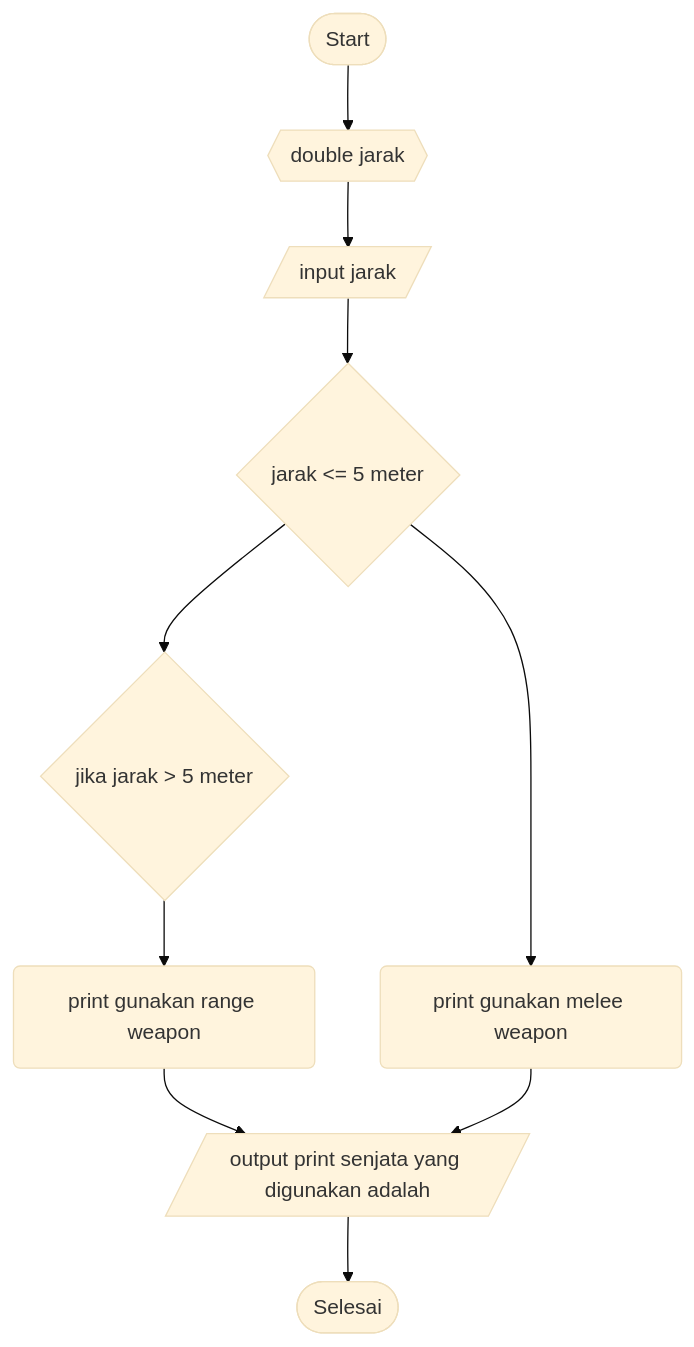
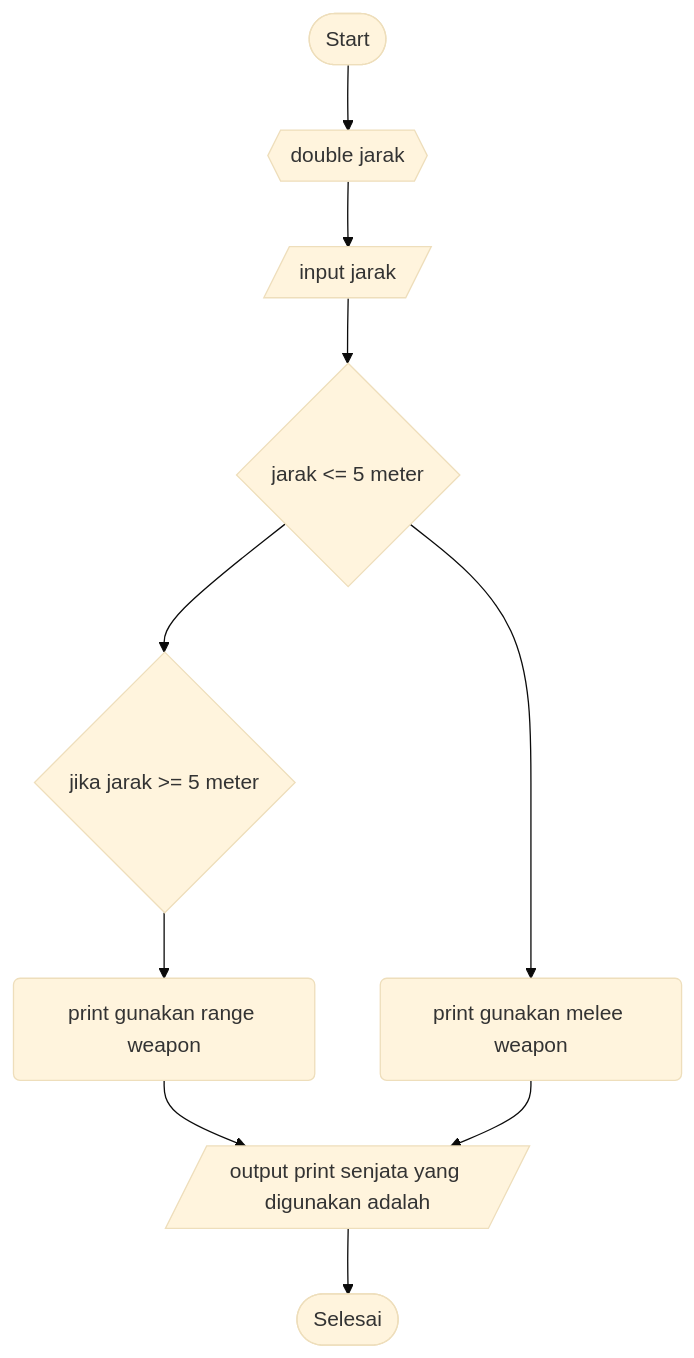
The diagram in JustForFun.md (SATRIODIANNUGROHO/Sample2.1), drawn with Mermaid (base theme) before and after one commit.

````diff
--- a/JustForFun.md
+++ b/JustForFun.md
@@ -3,12 +3,12 @@
 ```mermaid
 graph TD;
     A([Start])-->B{{double jarak}};
     B{{double jarak}}-->C[/input jarak/];
     C[/input jarak/]-->D{jarak kurang dari 5 meter};
     D{jarak <= 5 meter}-->E(print gunakan melee weapon);
-    D{jarak <= 5 meter}-->F{jika jarak > 5 meter};
-    F{jika jarak > 5 meter}-->G(print gunakan range weapon);
+    D{jarak <= 5 meter}-->F{jika jarak >= 5 meter};
+    F{jika jarak >= 5 meter}-->G(print gunakan range weapon);
     G(print gunakan range weapon)-->H[/output print senjata yang digunakan adalah/];
     E(print gunakan melee weapon)-->H[/output print senjata yang digunakan adalah/];
     H[/output print senjata yang digunakan adalah/]-->I([Selesai]);
 ```
````
